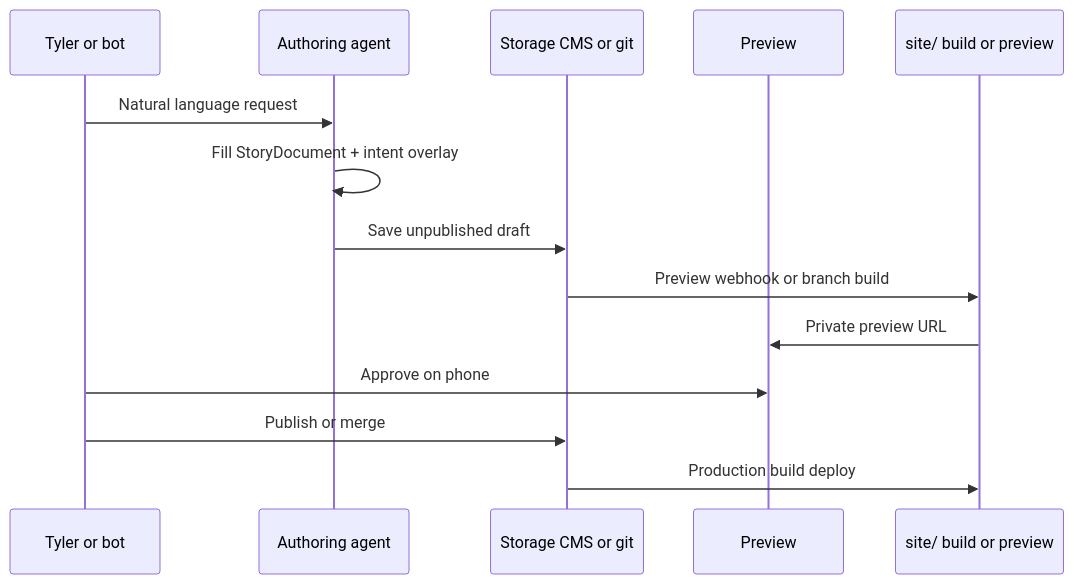
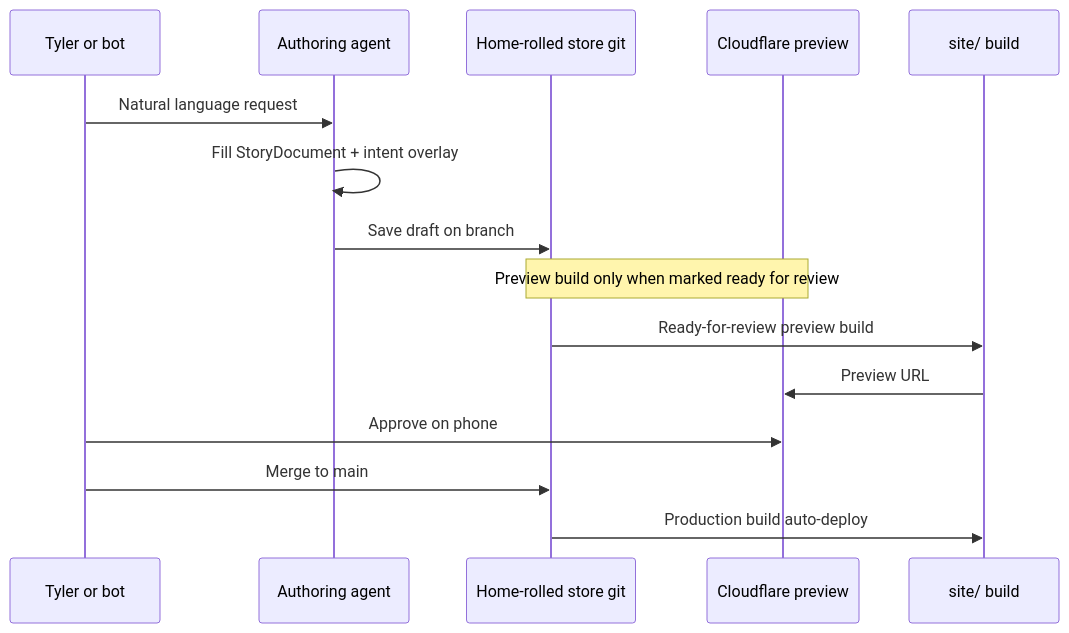
One commit to tlindow/lindowlabs changed the diagram in docs/design-components-tech-spec.md. Above: the diagram before and after it, drawn with Mermaid. The commit also changed other lines of this file and 2 other files, not shown here.

First line of the commit message:
Revise CMS and design-components docs for review round 2

````diff
--- a/docs/design-components-tech-spec.md
+++ b/docs/design-components-tech-spec.md
@@ -330,17 +372,18 @@
 ```mermaid
 sequenceDiagram
   participant T as Tyler or bot
   participant A as Authoring agent
-  participant S as Storage CMS or git
-  participant P as Preview
-  participant Site as site/ build or preview
+  participant S as Home-rolled store git
+  participant P as Cloudflare preview
+  participant Site as site/ build
 
   T->>A: Natural language request
   A->>A: Fill StoryDocument + intent overlay
-  A->>S: Save unpublished draft
-  S->>Site: Preview webhook or branch build
-  Site->>P: Private preview URL
+  A->>S: Save draft on branch
+  Note over S,P: Preview build only when marked ready for review
+  S->>Site: Ready-for-review preview build
+  Site->>P: Preview URL
   T->>P: Approve on phone
-  T->>S: Publish or merge
-  S->>Site: Production build deploy
+  T->>S: Merge to main
+  S->>Site: Production build auto-deploy
 ```
````
